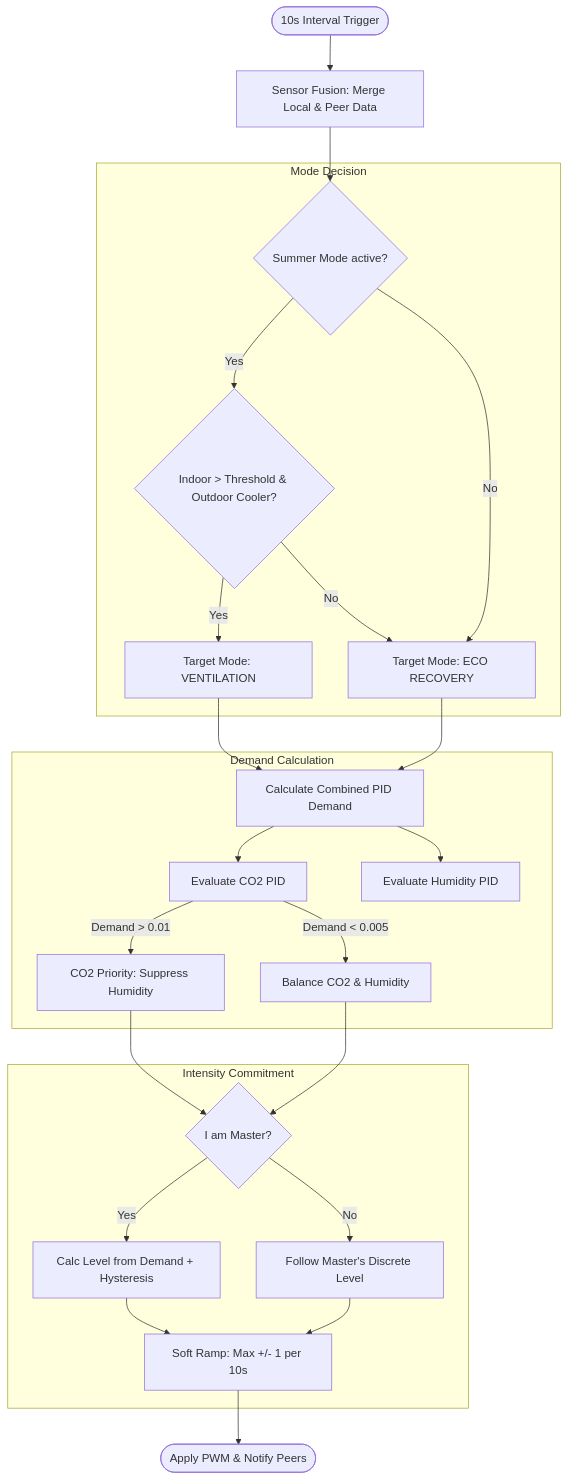
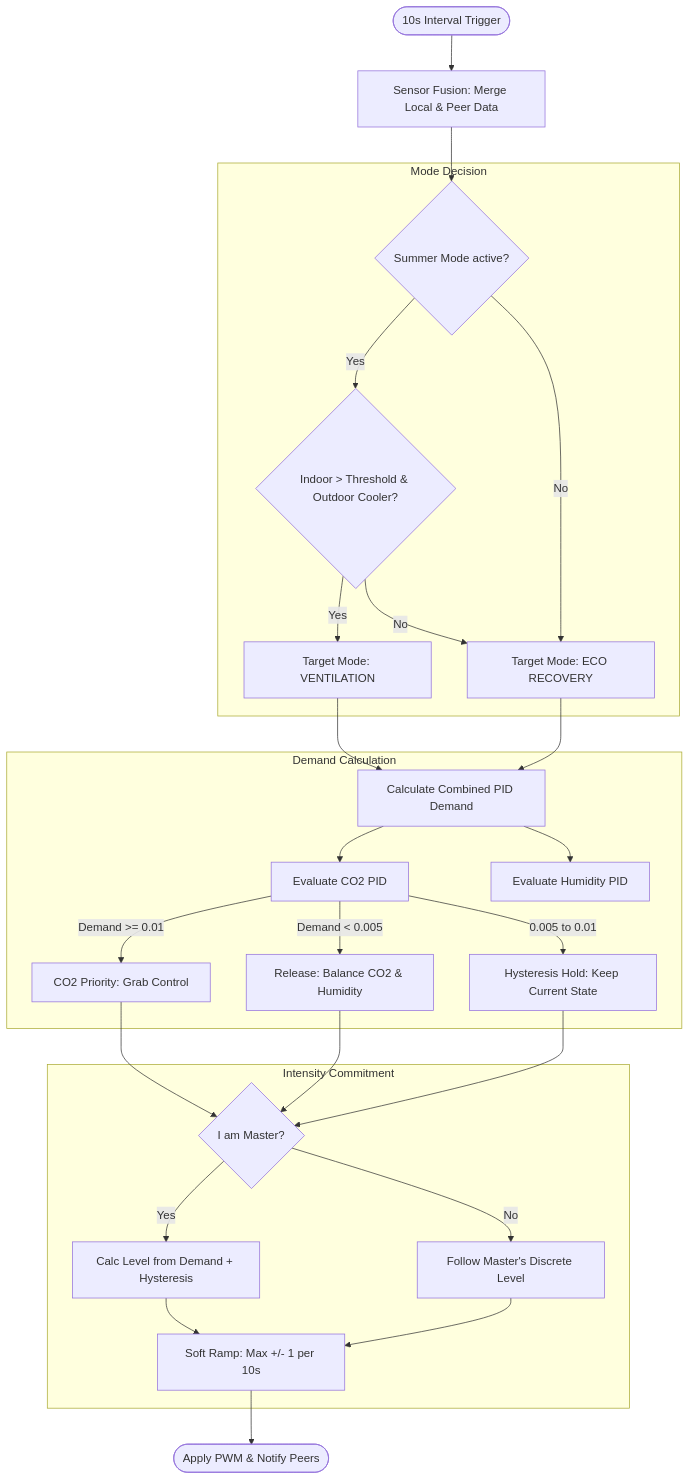
Before and after one commit to thomasengeroff-dotcom/ESPHome-Wohnraumlueftung: the diagram in documentation/en/smart-automatic-logic.md, drawn with Mermaid. The commit also changed other lines of this file and 11 other files, not shown here.

````diff
--- a/documentation/en/smart-automatic-logic.md
+++ b/documentation/en/smart-automatic-logic.md
@@ -25,34 +26,36 @@
 ```mermaid
 graph TD
     Start([10s Interval Trigger]) --> Sync[Sensor Fusion: Merge Local & Peer Data]
     Sync --> Season{Summer Mode active?}
     
     subgraph Mode_Management [Mode Decision]
     Season -- Yes --> Cooling{Indoor > Threshold & Outdoor Cooler?}
     Cooling -- Yes --> ModeVent[Target Mode: VENTILATION]
     Cooling -- No --> ModeRec[Target Mode: ECO RECOVERY]
     Season -- No --> ModeRec
     end
 
     ModeVent --> Demand[Calculate Combined PID Demand]
     ModeRec --> Demand
 
     subgraph Demand_Logic [Demand Calculation]
     Demand --> CO2[Evaluate CO2 PID]
     Demand --> Hum[Evaluate Humidity PID]
-    CO2 -- Demand > 0.01 --> Priority[CO2 Priority: Suppress Humidity]
-    CO2 -- Demand < 0.005 --> Balanced[Balance CO2 & Humidity]
+    CO2 -- "Demand >= 0.01" --> Priority["CO2 Priority: Grab Control"]
+    CO2 -- "Demand < 0.005" --> Balanced["Release: Balance CO2 & Humidity"]
+    CO2 -- "0.005 to 0.01" --> Hold["Hysteresis Hold: Keep Current State"]
     end
 
     Priority --> Master{I am Master?}
     Balanced --> Master
+    Hold --> Master
 
     subgraph Level_Commit [Intensity Commitment]
     Master -- Yes --> CalcLevel[Calc Level from Demand + Hysteresis]
-    Master -- No --> Follow[Follow Master's Discrete Level]
+    Master -- No --> Follow["Follow Master's Discrete Level"]
     CalcLevel --> Ramp[Soft Ramp: Max +/- 1 per 10s]
     Follow --> Ramp
     end
 
     Ramp --> Final([Apply PWM & Notify Peers])
 ```
````
